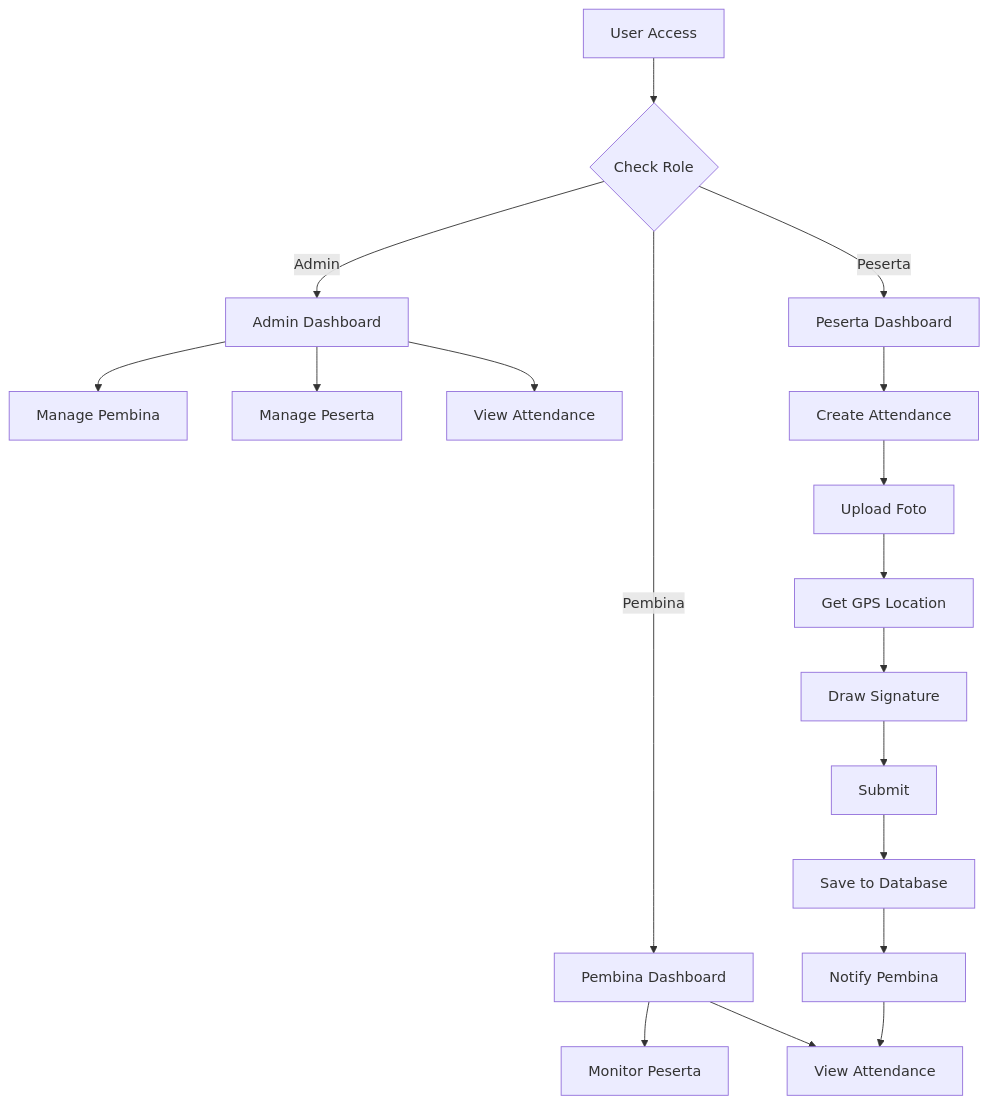
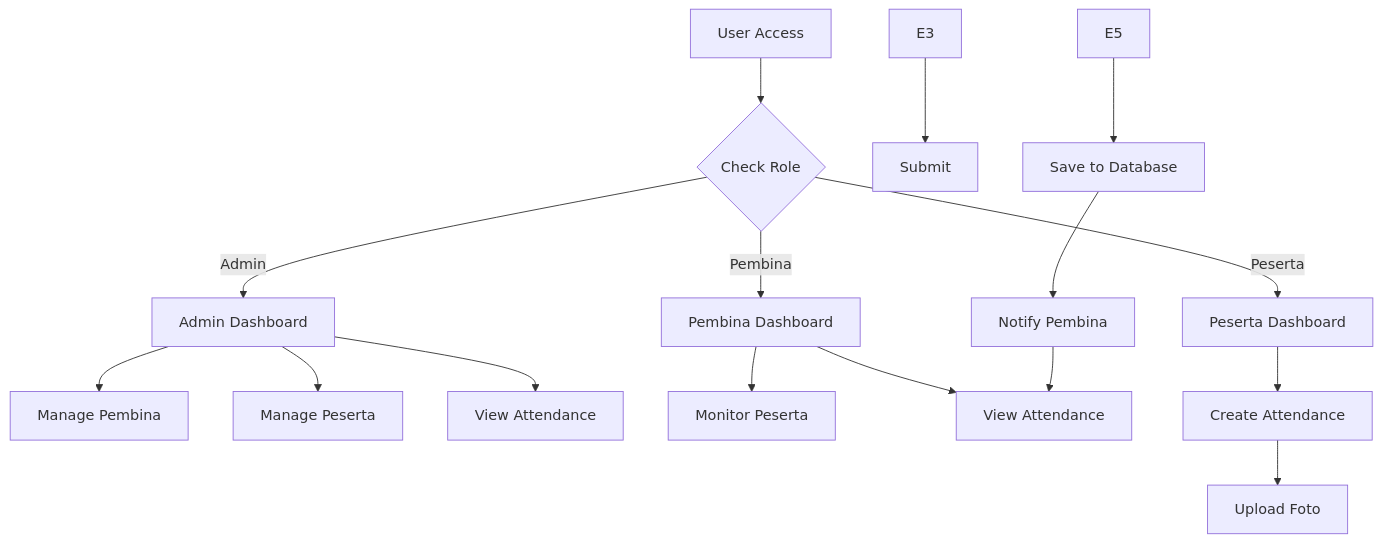
The second of 3 diagrams in README.md (andikagithub1/Absensi-peserta-magang), drawn with Mermaid before and after one commit. The commit also changed other lines of this file, not shown here.

First line of the commit message:
ADD ERD

````diff
--- a/README.md
+++ b/README.md
@@ -194,24 +126,22 @@
 ```mermaid
 graph TD
     A[User Access] --> B{Check Role}
     B -->|Admin| C[Admin Dashboard]
     B -->|Pembina| D[Pembina Dashboard]
     B -->|Peserta| E[Peserta Dashboard]
     
     C --> C1[Manage Pembina]
     C --> C2[Manage Peserta]
     C --> C3[View Attendance]
     
     D --> D1[Monitor Peserta]
     D --> D2[View Attendance]
     
     E --> E1[Create Attendance]
     E1 --> E2[Upload Foto]
-    E2 --> E3[Get GPS Location]
-    E3 --> E4[Draw Signature]
-    E4 --> E5[Submit]
+    E3 --> E4[Submit]
     
     E5 --> F[Save to Database]
     F --> G[Notify Pembina]
     G --> D2
 ```
````
